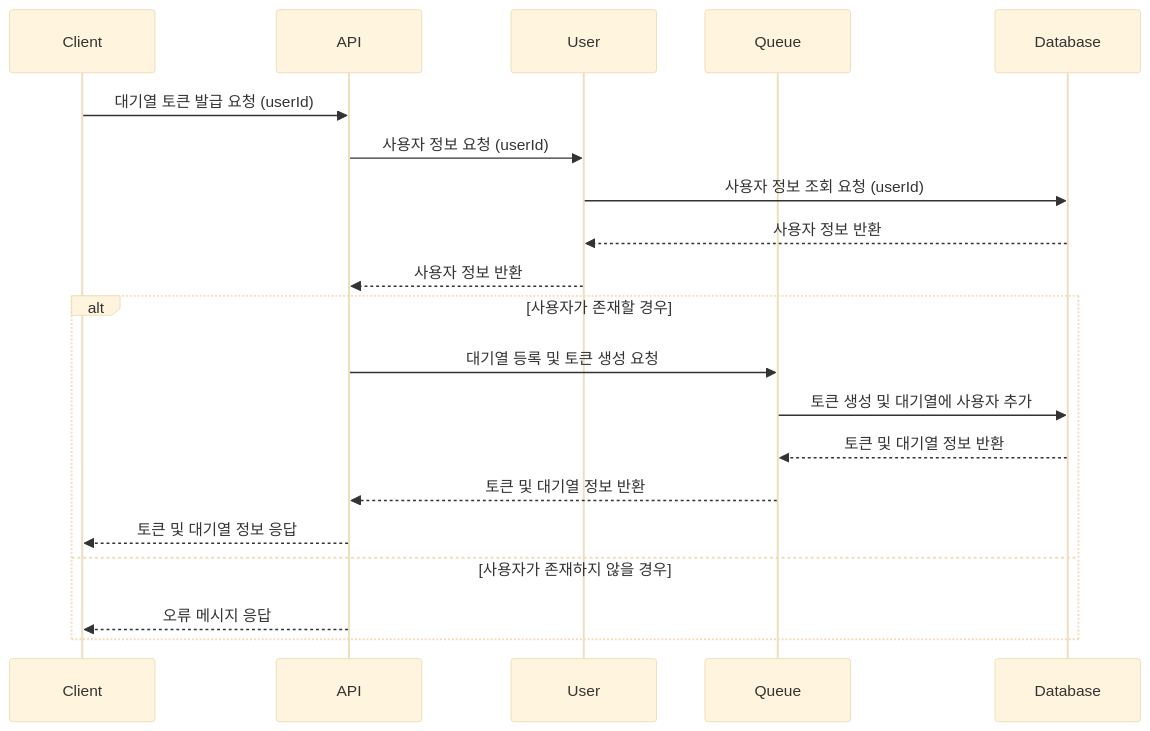
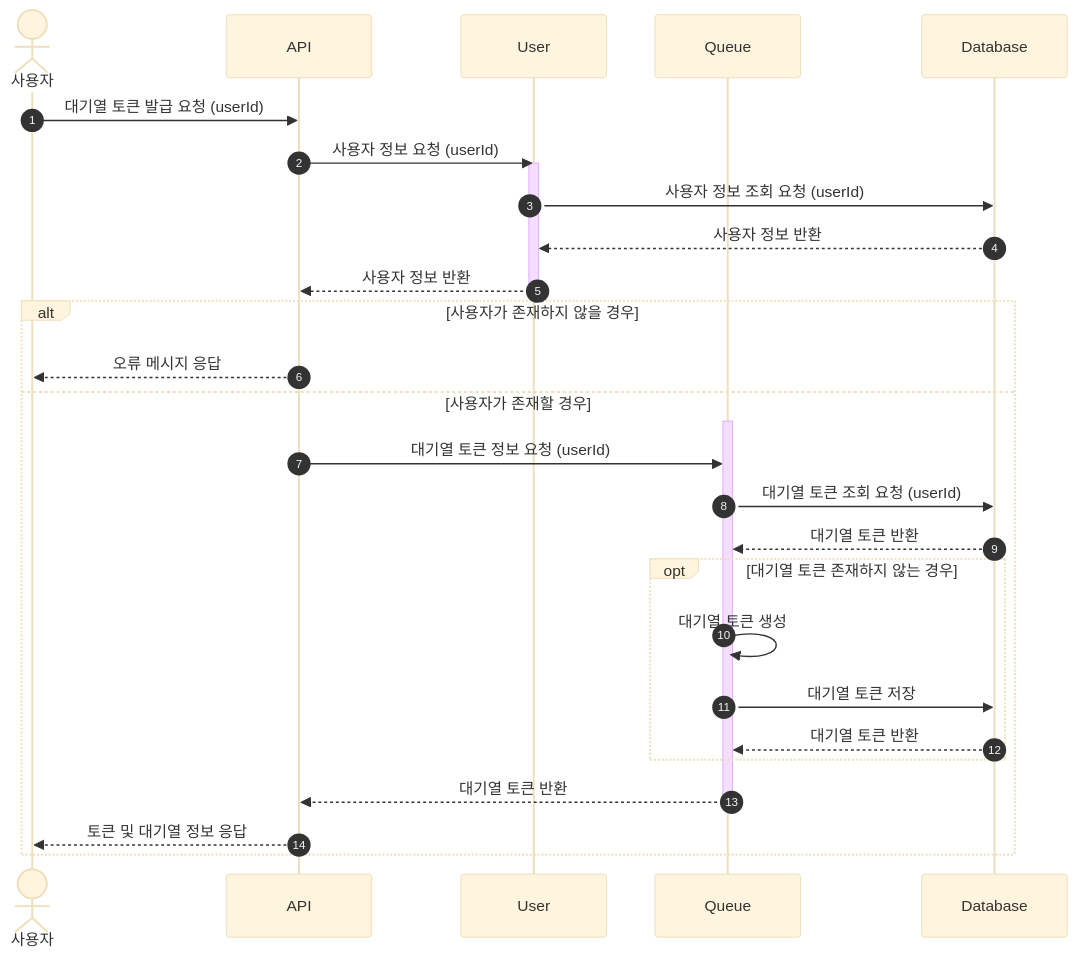
One commit to cocomongg/concert-reservation-system changed the first of 8 diagrams in docs/SequenceDiagram.md. Above: the diagram before and after it, drawn with Mermaid (base theme). The commit also changed other lines of this file, not shown here.

Commit message:
fix: sequence diagram 수정

````diff
--- a/docs/SequenceDiagram.md
+++ b/docs/SequenceDiagram.md
@@ -6,23 +20,33 @@
 ```mermaid
 sequenceDiagram
-    participant Client
+    autonumber
+Actor U as 사용자
     participant API
     participant User
     participant Queue
     participant Database
 
-    Client ->> API: 대기열 토큰 발급 요청 (userId)
+    U ->> API: 대기열 토큰 발급 요청 (userId)
     API ->> User: 사용자 정보 요청 (userId)
+    activate User
     User ->> Database: 사용자 정보 조회 요청 (userId)
     Database -->> User: 사용자 정보 반환
     User-->>API: 사용자 정보 반환
-    alt 사용자가 존재할 경우
-        API->>Queue: 대기열 등록 및 토큰 생성 요청
-        Queue->>Database: 토큰 생성 및 대기열에 사용자 추가
-        Database -->> Queue: 토큰 및 대기열 정보 반환
-        Queue-->>API: 토큰 및 대기열 정보 반환
-        API-->>Client: 토큰 및 대기열 정보 응답
-    else 사용자가 존재하지 않을 경우
-        API-->>Client: 오류 메시지 응답
+    deactivate User
+    alt 사용자가 존재하지 않을 경우
+        API-->>U: 오류 메시지 응답
+    else 사용자가 존재할 경우
+        activate Queue
+        API->>Queue: 대기열 토큰 정보 요청 (userId)
+        Queue->>Database: 대기열 토큰 조회 요청 (userId)
+        Database -->> Queue: 대기열 토큰 반환
+        opt 대기열 토큰 존재하지 않는 경우
+            Queue ->> Queue: 대기열 토큰 생성
+            Queue ->> Database: 대기열 토큰 저장
+            Database -->> Queue: 대기열 토큰 반환
+        end
+        Queue-->>API: 대기열 토큰 반환
+        deactivate Queue
+        API-->>U: 토큰 및 대기열 정보 응답
     end
 ```
````
